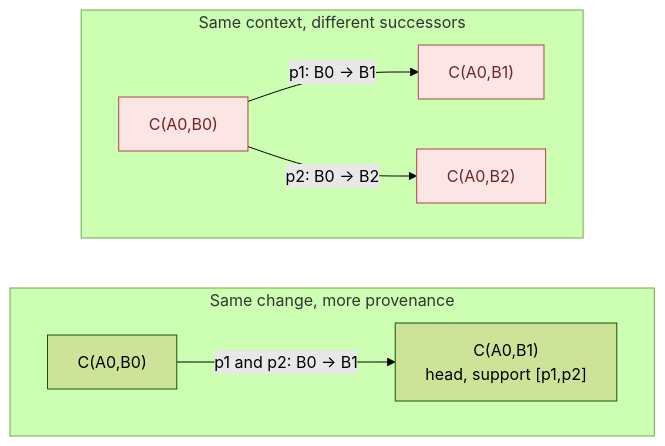
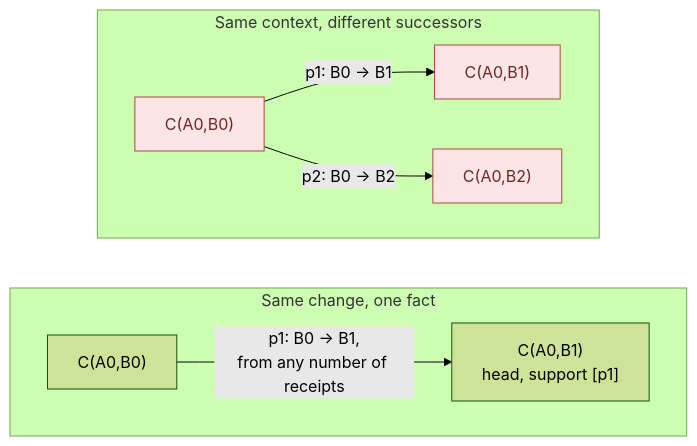
One commit to estoc-dev/estoc changed the seventh of 18 diagrams in packages/continuity/docs/guide.md. Above: the diagram before and after it, drawn with Mermaid (forest theme). The commit also changed other lines of this file and 32 other files, not shown here.

````diff
--- a/packages/continuity/docs/guide.md
+++ b/packages/continuity/docs/guide.md
@@ -221,14 +220,14 @@
 ```mermaid
 flowchart LR
-    subgraph SAME["Same change, more provenance"]
+    subgraph SAME["Same change, one fact"]
         direction LR
-        S0["C(A0,B0)"] -->|"p1 and p2: B0 → B1"| S1["C(A0,B1)<br/>head, support [p1,p2]"]
+        S0["C(A0,B0)"] -->|"p1: B0 → B1,<br/>from any number of receipts"| S1["C(A0,B1)<br/>head, support [p1]"]
     end
     subgraph FORK["Same context, different successors"]
         direction LR
         F0["C(A0,B0)"] -->|"p1: B0 → B1"| F1["C(A0,B1)"]
         F0 -->|"p2: B0 → B2"| F2["C(A0,B2)"]
     end
     classDef conflict fill:#fbe5e5,stroke:#b04444,color:#702525
     class F0,F1,F2 conflict
 ```
````
